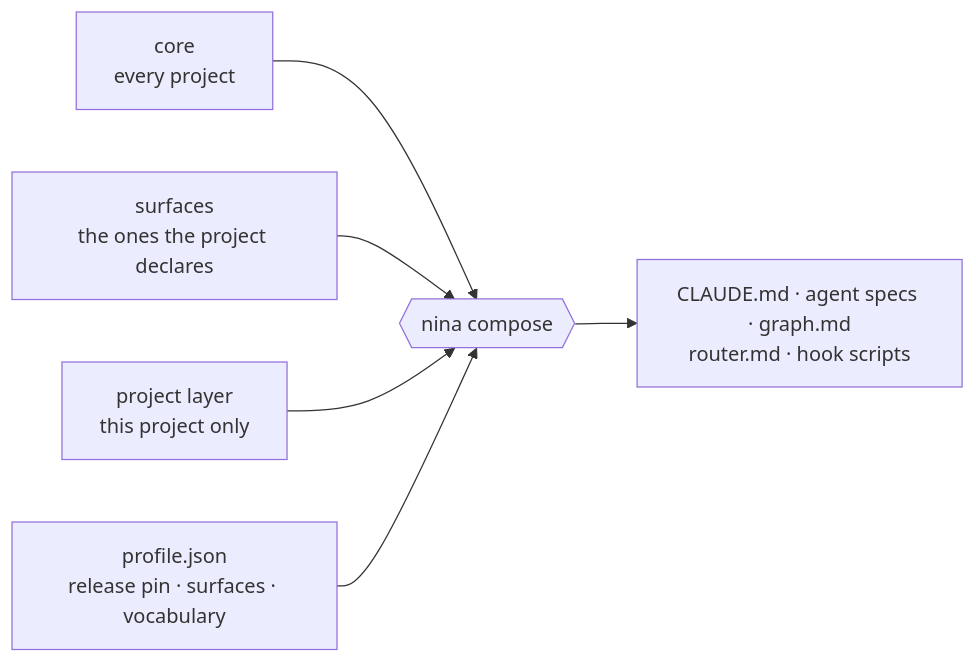
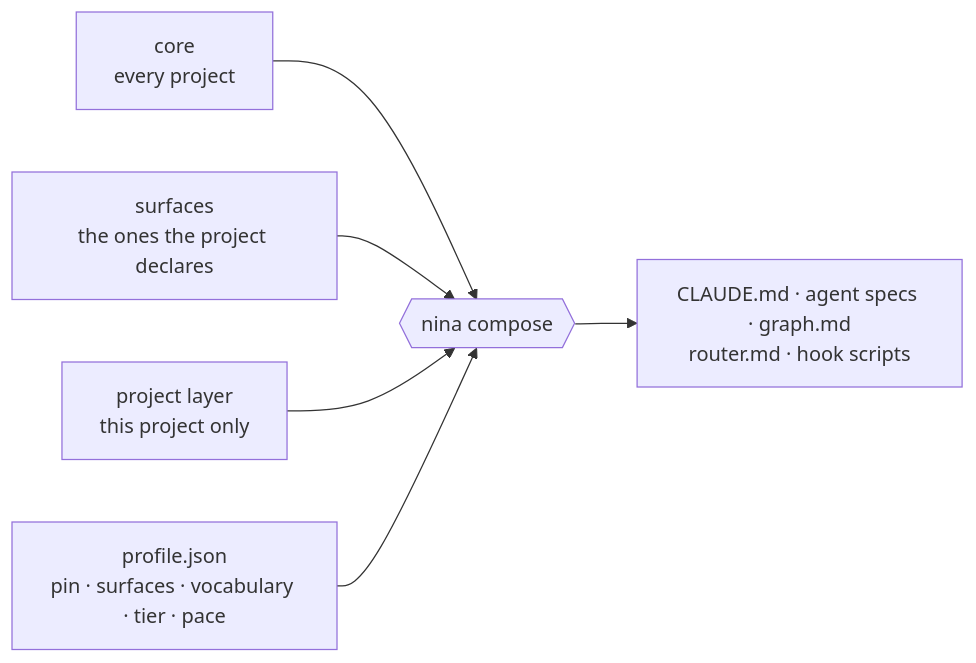
Before and after one commit to xhulz/nina: the second of 4 diagrams in README.md, drawn with Mermaid. The commit also changed other lines of this file and 2 other files, not shown here.

````diff
--- a/README.md
+++ b/README.md
@@ -117,8 +369,8 @@
 ```mermaid
 flowchart LR
     core["core<br/>every project"] --> compose{{"nina compose"}}
     surfaces["surfaces<br/>the ones the project declares"] --> compose
     project["project layer<br/>this project only"] --> compose
-    profile["profile.json<br/>release pin · surfaces · vocabulary"] --> compose
+    profile["profile.json<br/>pin · surfaces · vocabulary · tier · pace"] --> compose
     compose --> out["CLAUDE.md · agent specs · graph.md<br/>router.md · hook scripts"]
 ```
````
